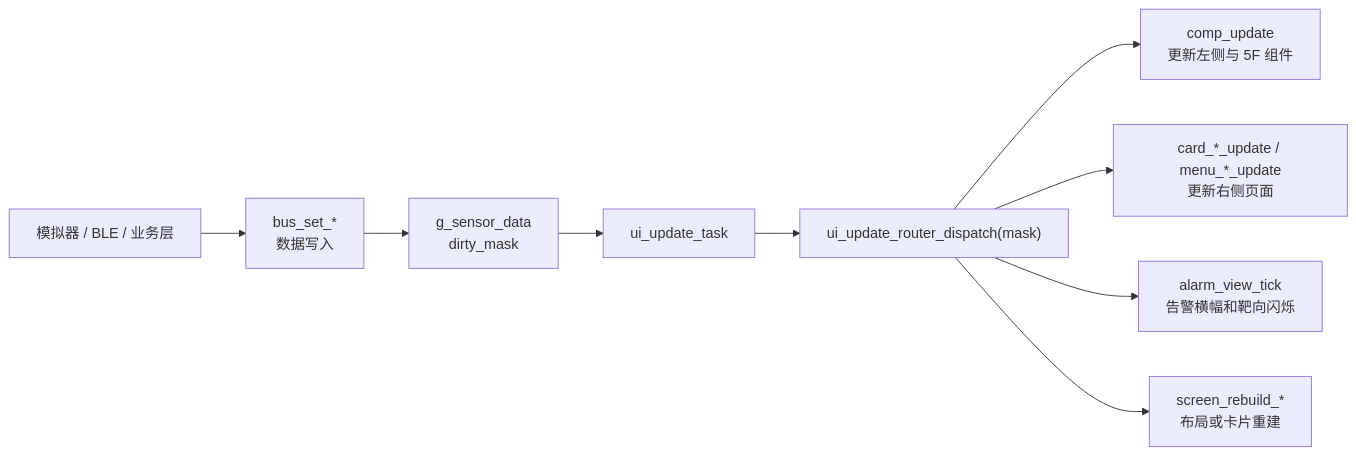
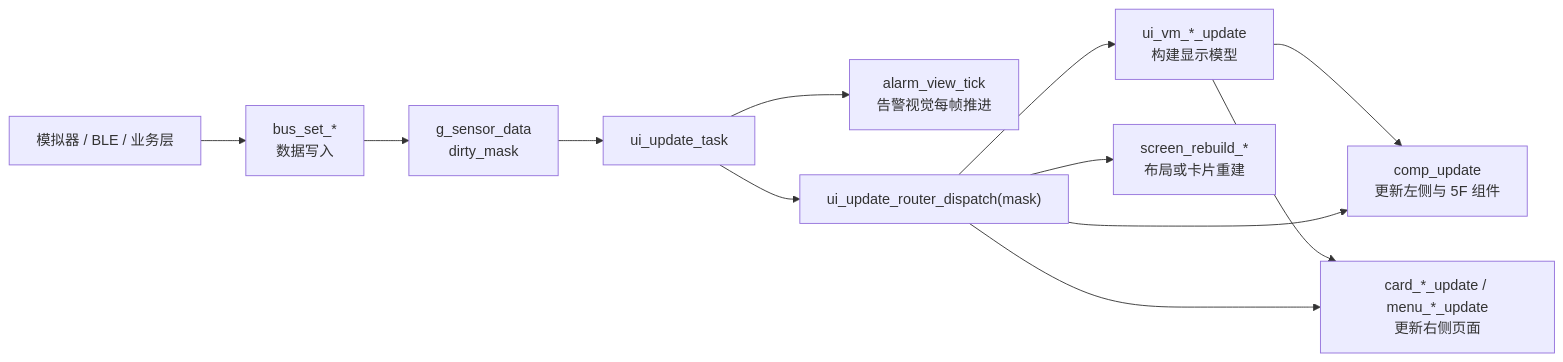
Before and after one commit to arexvision/lv_port_win_codeblocks-release-v8.3_hasGroup: the second of 7 diagrams in UI_html_DOC/UI_MODULE_MAP.md, drawn with Mermaid. The commit also changed other lines of this file and 1 other file, not shown here.

````diff
--- a/UI_html_DOC/UI_MODULE_MAP.md
+++ b/UI_html_DOC/UI_MODULE_MAP.md
@@ -54,11 +64,14 @@
 ```mermaid
 flowchart LR
     Sim["模拟器 / BLE / 业务层"] --> Bus["bus_set_*<br/>数据写入"]
     Bus --> Sensor["g_sensor_data<br/>dirty_mask"]
     Sensor --> Tick["ui_update_task"]
+    Tick --> AlarmTick["alarm_view_tick<br/>告警视觉每帧推进"]
     Tick --> Router["ui_update_router_dispatch(mask)"]
+    Router --> VM["ui_vm_*_update<br/>构建显示模型"]
+    VM --> Widgets
+    VM --> Cards
     Router --> Widgets["comp_update<br/>更新左侧与 5F 组件"]
     Router --> Cards["card_*_update / menu_*_update<br/>更新右侧页面"]
-    Router --> AlarmView["alarm_view_tick<br/>告警横幅和靶向闪烁"]
     Router --> ScreenRebuild["screen_rebuild_*<br/>布局或卡片重建"]
 ```
````
